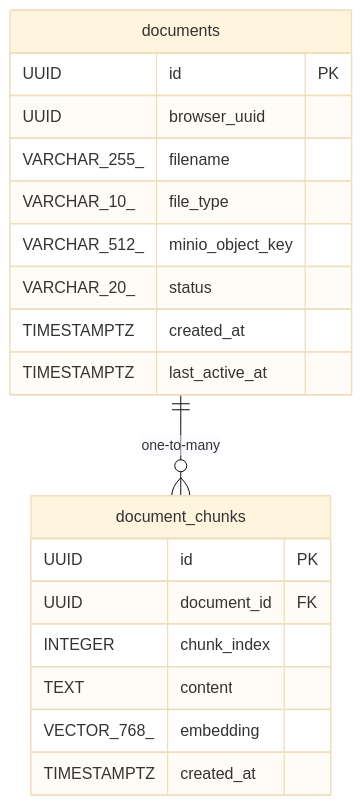
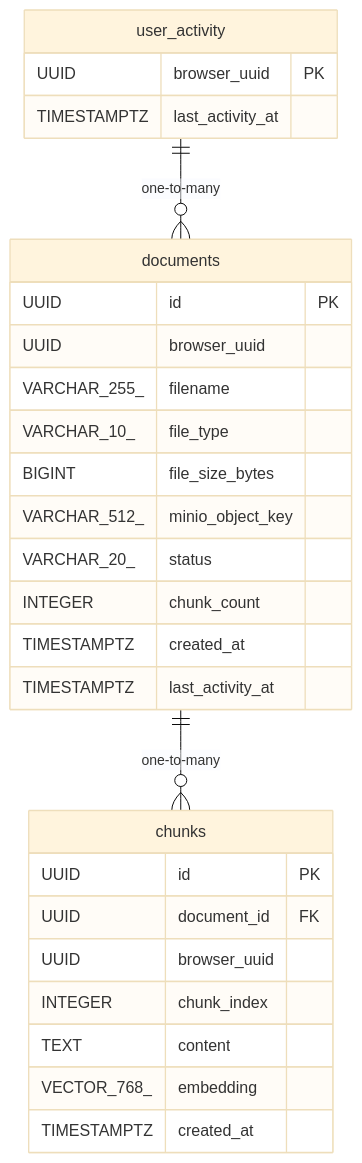
The diagram in docs/sdlc/architecture/data-model.md (keshava-qourq/simple-rag-chatbot-without-login), drawn with Mermaid (base theme) before and after one commit. The commit also changed other lines of this file and 11 other files, not shown here.

````diff
--- a/docs/sdlc/architecture/data-model.md
+++ b/docs/sdlc/architecture/data-model.md
@@ -36,22 +47,30 @@
 ```mermaid
 erDiagram
   documents {
     UUID id PK
     UUID browser_uuid
     VARCHAR_255_ filename
     VARCHAR_10_ file_type
+    BIGINT file_size_bytes
     VARCHAR_512_ minio_object_key
     VARCHAR_20_ status
+    INTEGER chunk_count
     TIMESTAMPTZ created_at
-    TIMESTAMPTZ last_active_at
+    TIMESTAMPTZ last_activity_at
   }
-  document_chunks {
+  chunks {
     UUID id PK
     UUID document_id FK
+    UUID browser_uuid
     INTEGER chunk_index
     TEXT content
     VECTOR_768_ embedding
     TIMESTAMPTZ created_at
   }
-  documents ||--o{ document_chunks : "one-to-many"
+  user_activity {
+    UUID browser_uuid PK
+    TIMESTAMPTZ last_activity_at
+  }
+  documents ||--o{ chunks : "one-to-many"
+  user_activity ||--o{ documents : "one-to-many"
 ```
````
